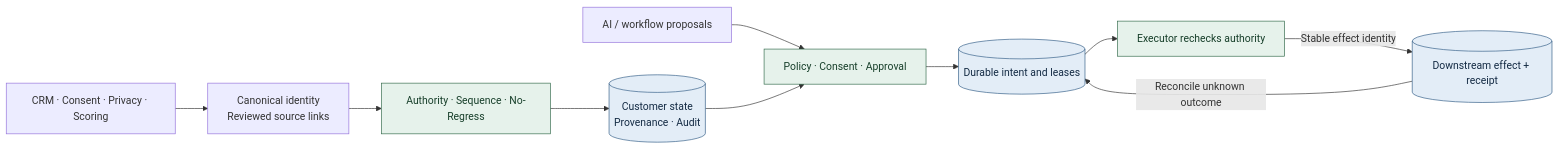
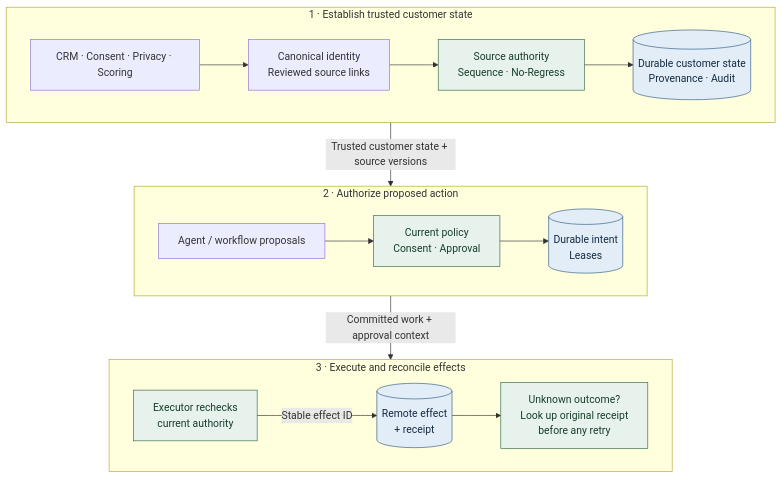
The diagram in docs/diagrams/01-control-plane.mmd (rlbsem/enterprise-martech-ai-control-plane), drawn with Mermaid before and after one commit. The commit also changed 2 other files, not shown here.

Commit message:
Present control-plane architecture in three readable tiers
Regenerate docs/diagrams/01-control-plane.svg using pinned Mermaid CLI; synchronize its source and integrity manifest. No application or AWS/Terraform changes.

```diff
--- a/docs/diagrams/01-control-plane.mmd
+++ b/docs/diagrams/01-control-plane.mmd
@@ -1,14 +1,23 @@
-flowchart LR
-  Sources["CRM · Consent · Privacy · Scoring"] --> Identity["Canonical identity<br/>Reviewed source links"]
-  Identity --> Truth["Authority · Sequence · No-Regress"]
-  Truth --> State[("Customer state<br/>Provenance · Audit")]
-  Agent["AI / workflow proposals"] --> Gate["Policy · Consent · Approval"]
-  State --> Gate
-  Gate --> Work[("Durable intent and leases")]
-  Work --> Worker["Executor rechecks authority"]
-  Worker -->|"Stable effect identity"| Effects[("Downstream effect + receipt")]
-  Effects -->|"Reconcile unknown outcome"| Work
+flowchart TB
+  subgraph TRUST["1 · Establish trusted customer state"]
+    direction LR
+    Sources["CRM · Consent · Privacy · Scoring"] --> Identity["Canonical identity<br/>Reviewed source links"]
+    Identity --> Truth["Source authority<br/>Sequence · No-Regress"]
+    Truth --> State[("Durable customer state<br/>Provenance · Audit")]
+  end
+  subgraph GOVERN["2 · Authorize proposed action"]
+    direction LR
+    Agent["Agent / workflow proposals"] --> Gate["Current policy<br/>Consent · Approval"]
+    Gate --> Work[("Durable intent<br/>Leases")]
+  end
+  subgraph EXEC["3 · Execute and reconcile effects"]
+    direction LR
+    Worker["Executor rechecks<br/>current authority"] -->|"Stable effect ID"| Effects[("Remote effect<br/>+ receipt")]
+    Effects --> Reconcile["Unknown outcome?<br/>Look up original receipt<br/>before any retry"]
+  end
+  TRUST -->|"Trusted customer state + source versions"| GOVERN
+  GOVERN -->|"Committed work + approval context"| EXEC
   classDef durable fill:#e3edf7,stroke:#315c86,color:#142b44
   classDef control fill:#e6f2eb,stroke:#306949,color:#173f2a
   class State,Work,Effects durable
-  class Truth,Gate,Worker control
+  class Truth,Gate,Worker,Reconcile control
```
